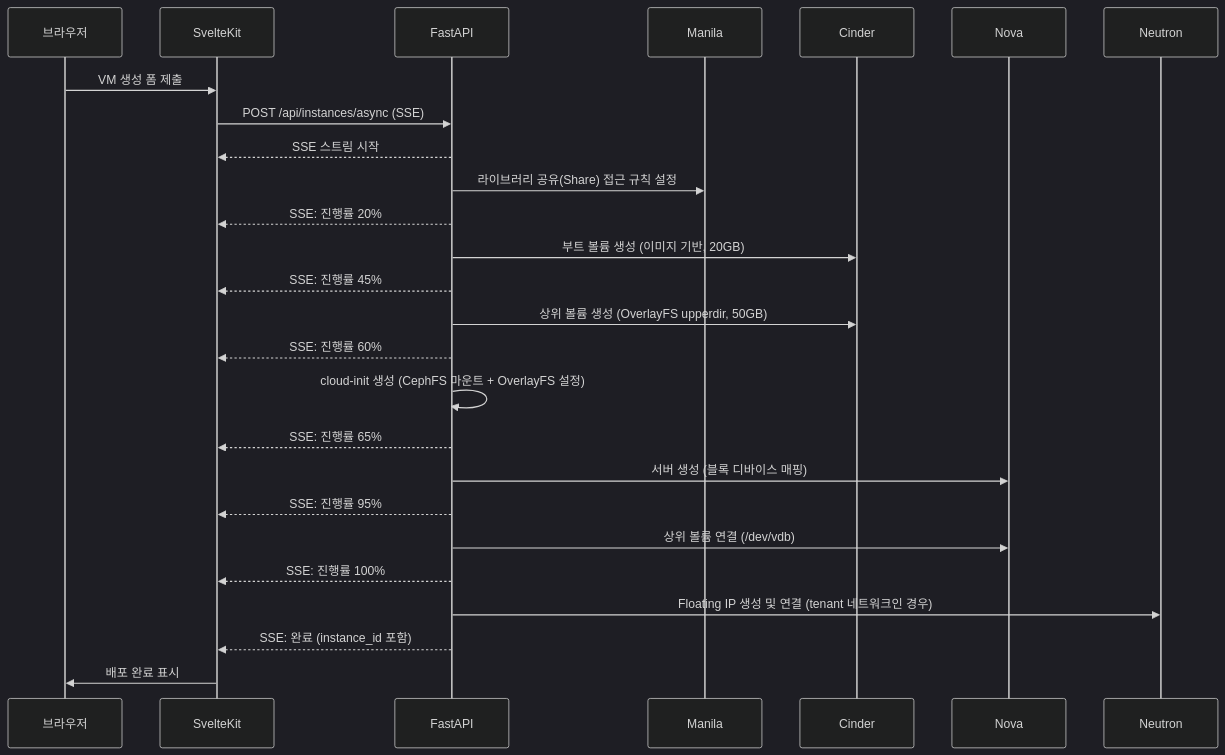
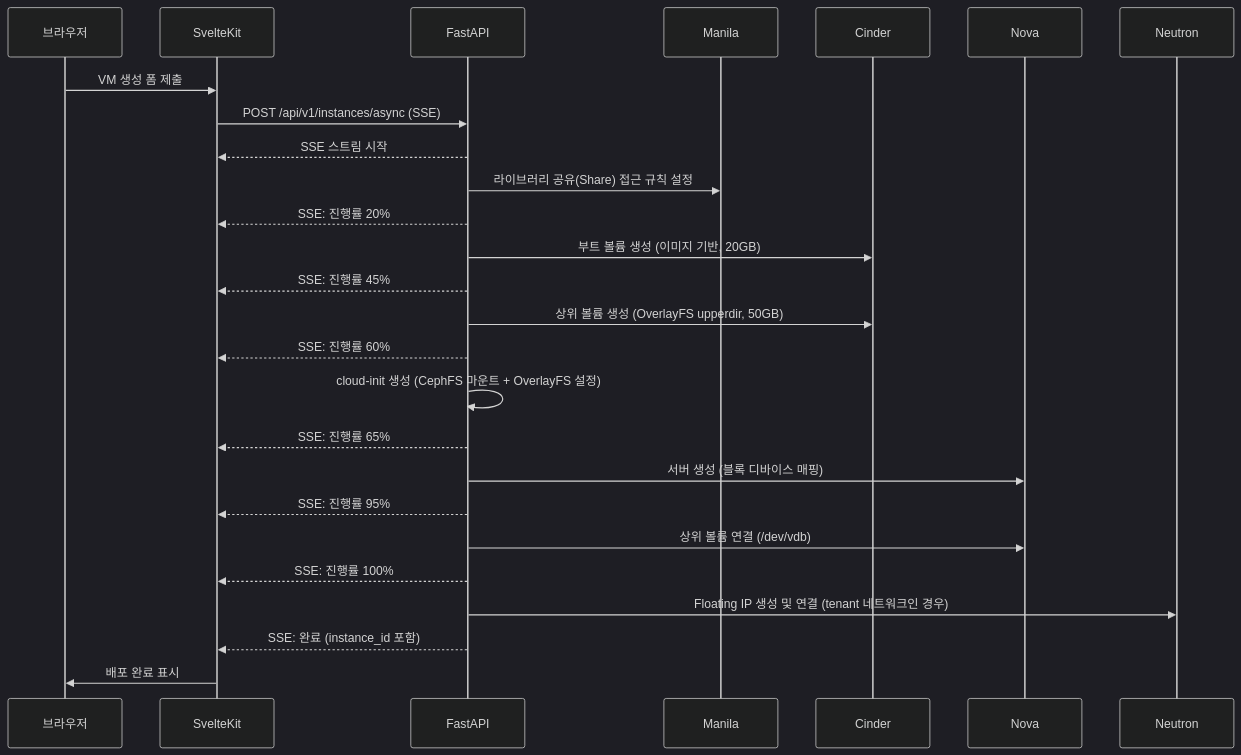
Before and after one commit to jung-geun/openstack-afterglow: the second of 5 diagrams in docs/architecture.md, drawn with Mermaid (dark theme). The commit also changed other lines of this file and 663 other files, not shown here.

````diff
--- a/docs/architecture.md
+++ b/docs/architecture.md
@@ -78,37 +94,37 @@
 ```mermaid
 sequenceDiagram
     participant B as 브라우저
     participant F as SvelteKit
     participant API as FastAPI
     participant Manila as Manila
     participant Cinder as Cinder
     participant Nova as Nova
     participant Neutron as Neutron
 
     B->>F: VM 생성 폼 제출
-    F->>API: POST /api/instances/async (SSE)
+    F->>API: POST /api/v1/instances/async (SSE)
     API-->>F: SSE 스트림 시작
 
     API->>Manila: 라이브러리 공유(Share) 접근 규칙 설정
     API-->>F: SSE: 진행률 20%
 
     API->>Cinder: 부트 볼륨 생성 (이미지 기반, 20GB)
     API-->>F: SSE: 진행률 45%
 
     API->>Cinder: 상위 볼륨 생성 (OverlayFS upperdir, 50GB)
     API-->>F: SSE: 진행률 60%
 
     API->>API: cloud-init 생성 (CephFS 마운트 + OverlayFS 설정)
     API-->>F: SSE: 진행률 65%
 
     API->>Nova: 서버 생성 (블록 디바이스 매핑)
     API-->>F: SSE: 진행률 95%
 
     API->>Nova: 상위 볼륨 연결 (/dev/vdb)
     API-->>F: SSE: 진행률 100%
 
     API->>Neutron: Floating IP 생성 및 연결 (tenant 네트워크인 경우)
     API-->>F: SSE: 완료 (instance_id 포함)
 
     F->>B: 배포 완료 표시
 ```
````
